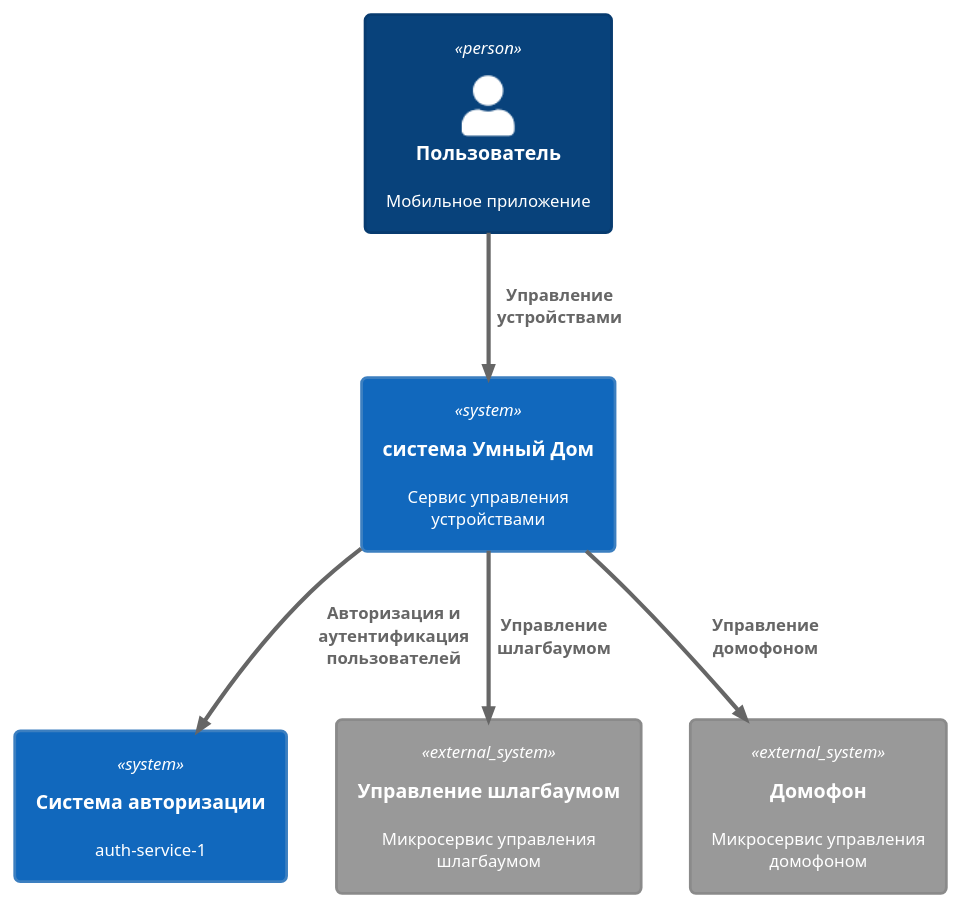
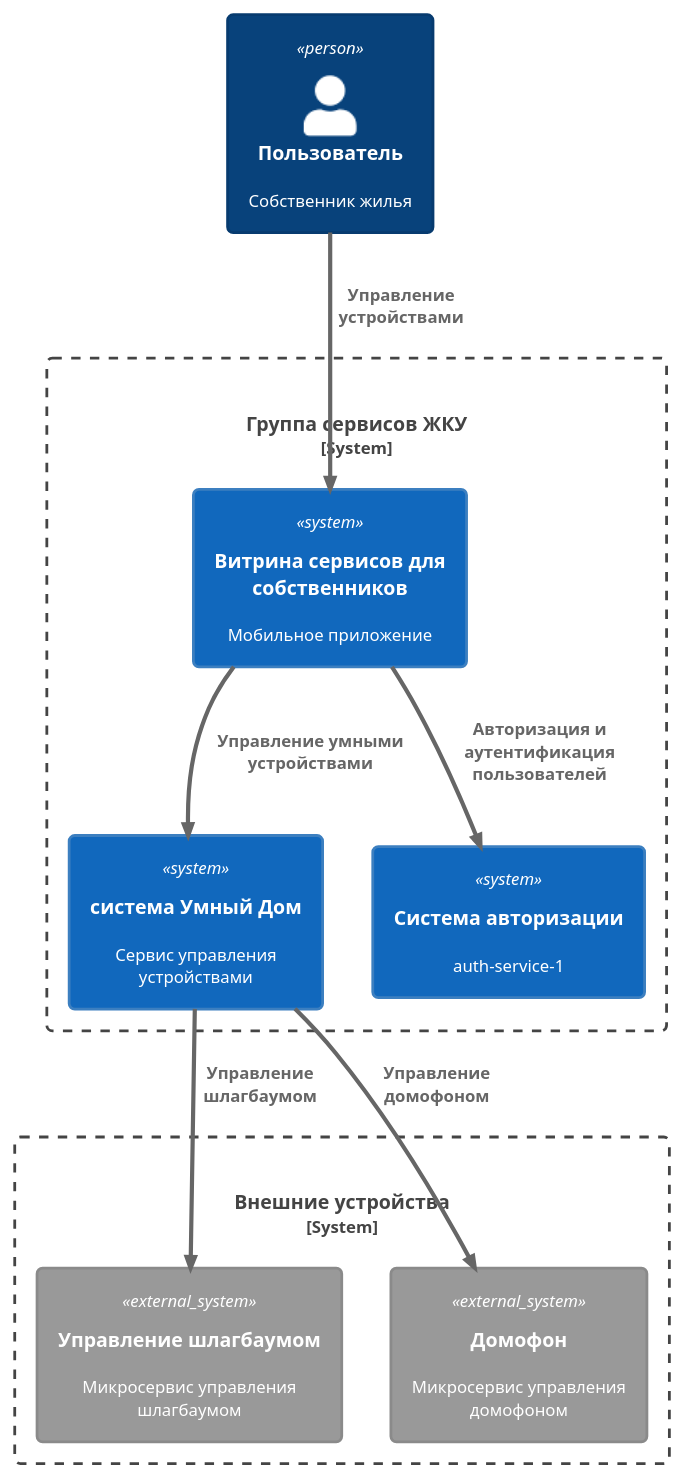
One commit to AlexDmitriev/architecture-pro-propdevelopment changed the diagram in Task3/containers.wsd. Above: the diagram before and after it, drawn with PlantUML. The commit also changed 26 other files, not shown here.

```diff
--- a/Task3/containers.wsd
+++ b/Task3/containers.wsd
@@ -1,19 +1,25 @@
 @startuml
 !theme cerulean
 !include https://raw.githubusercontent.com/plantuml-stdlib/C4-PlantUML/master/C4_Container.puml
 
 top to bottom direction
 
-Person(user, "Пользователь", "Мобильное приложение")
+Person(user, "Пользователь", "Собственник жилья")
 
-System(smartHouseSystem, "система Умный Дом", "Сервис управления устройствами")
-System(authService, "Система авторизации", "auth-service-1")
+System_Boundary(c0, "Группа сервисов ЖКУ") {
+  System(mobileApp, "Витрина сервисов для собственников", "Мобильное приложение")
+  System(smartHouseSystem, "система Умный Дом", "Сервис управления устройствами")
+  System(authService, "Система авторизации", "auth-service-1")
+}
 
-System_Ext(gateApi, "Управление шлагбаумом", "Микросервис управления шлагбаумом")
-System_Ext(domophoneApi, "Домофон", "Микросервис управления домофоном")
+System_Boundary(c1, "Внешние устройства") {
+  System_Ext(gateApi, "Управление шлагбаумом", "Микросервис управления шлагбаумом")
+  System_Ext(domophoneApi, "Домофон", "Микросервис управления домофоном")
+}
 
-Rel(user, smartHouseSystem, "Управление устройствами")
-Rel(smartHouseSystem, authService, "Авторизация и аутентификация пользователей")
+Rel(user, mobileApp, "Управление устройствами")
+Rel(mobileApp, authService, "Авторизация и аутентификация пользователей")
+Rel(mobileApp, smartHouseSystem, "Управление умными устройствами")
 Rel(smartHouseSystem, domophoneApi, "Управление домофоном")
 Rel(smartHouseSystem, gateApi, "Управление шлагбаумом")
 @enduml
```
